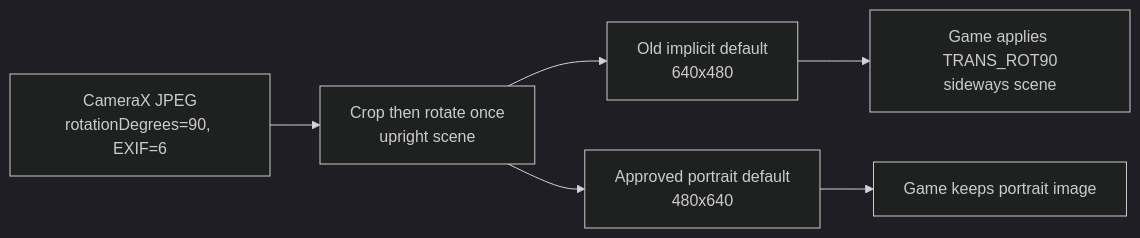
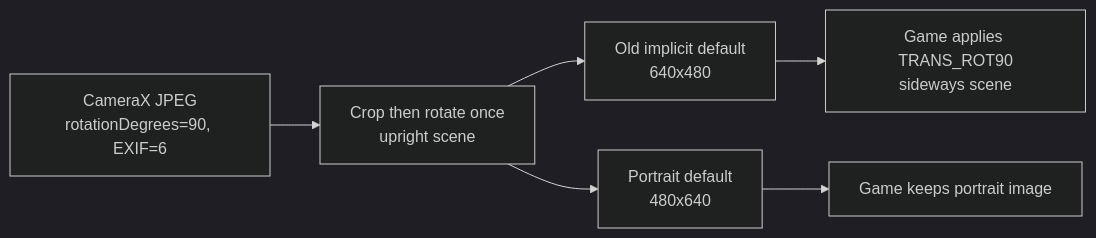
Before and after one commit to H3nb/JL-Mod-Plus: the diagram in docs/camera-pr175-device-investigation.md, drawn with Mermaid (dark theme). The commit also changed other lines of this file and 2 other files, not shown here.

````diff
--- a/docs/camera-pr175-device-investigation.md
+++ b/docs/camera-pr175-device-investigation.md
@@ -87,8 +84,8 @@
 ```mermaid
 flowchart LR
     A["CameraX JPEG<br/>rotationDegrees=90, EXIF=6"] --> B["Crop then rotate once<br/>upright scene"]
     B --> C["Old implicit default<br/>640x480"]
     C --> D["Game applies TRANS_ROT90<br/>sideways scene"]
-    B --> E["Approved portrait default<br/>480x640"]
+    B --> E["Portrait default<br/>480x640"]
     E --> F["Game keeps portrait image"]
 ```
````
